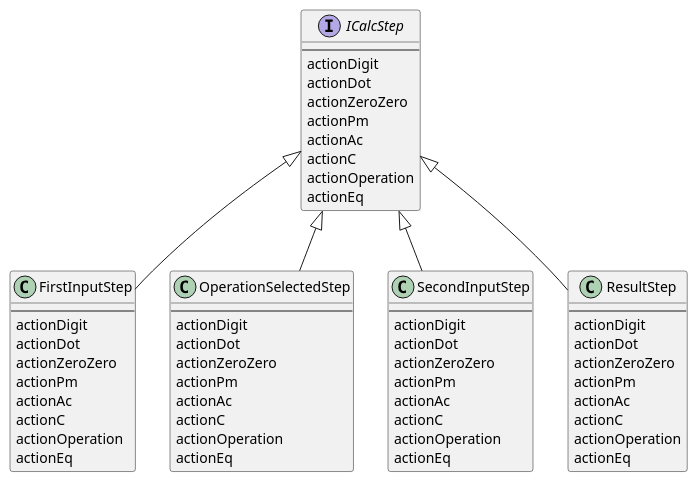
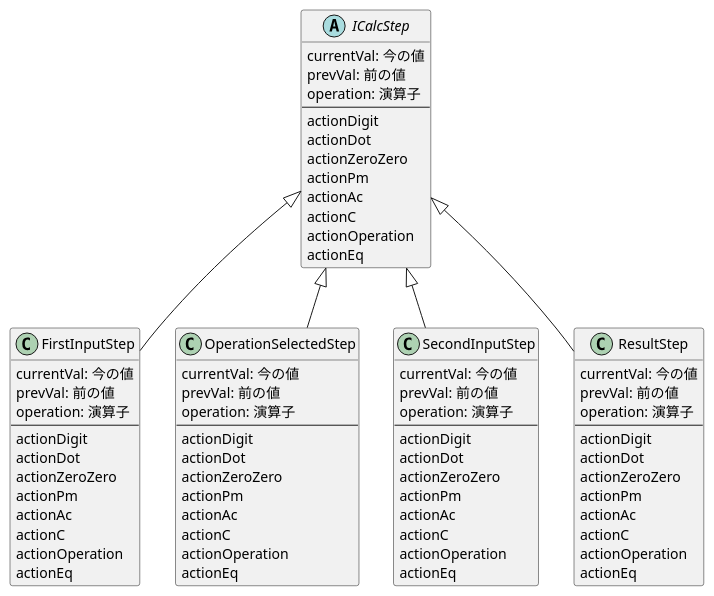
The diagram in uml/state_pattern/state.pu (daikon-oroshi/haskell-calculator-sample), drawn with PlantUML before and after one commit.

Commit message:
calc state pu: add member

```diff
--- a/uml/state_pattern/state.pu
+++ b/uml/state_pattern/state.pu
@@ -1,68 +1,83 @@
 @startuml calc_steps
 
-interface ICalcStep {
+abstract ICalcStep {
+    currentVal: 今の値
+    prevVal: 前の値
+    operation: 演算子
     ---
     actionDigit
     actionDot
     actionZeroZero
     actionPm
     actionAc
     actionC
     actionOperation
     actionEq
 }
 
 class FirstInputStep {
+    currentVal: 今の値
+    prevVal: 前の値
+    operation: 演算子
     ---
     actionDigit
     actionDot
     actionZeroZero
     actionPm
     actionAc
     actionC
     actionOperation
     actionEq
 }
 
 class OperationSelectedStep {
+    currentVal: 今の値
+    prevVal: 前の値
+    operation: 演算子
     ---
     actionDigit
     actionDot
     actionZeroZero
     actionPm
     actionAc
     actionC
     actionOperation
     actionEq
 }
 
 class SecondInputStep {
+    currentVal: 今の値
+    prevVal: 前の値
+    operation: 演算子
     ---
     actionDigit
     actionDot
     actionZeroZero
     actionPm
     actionAc
     actionC
     actionOperation
     actionEq
 }
 
 class ResultStep {
+    currentVal: 今の値
+    prevVal: 前の値
+    operation: 演算子
     ---
     actionDigit
     actionDot
     actionZeroZero
     actionPm
     actionAc
     actionC
     actionOperation
     actionEq
 }
 
 FirstInputStep -up-|> ICalcStep
 OperationSelectedStep -up-|> ICalcStep
 SecondInputStep -up-|> ICalcStep
 ResultStep -up-|> ICalcStep
 
 @enduml
```
